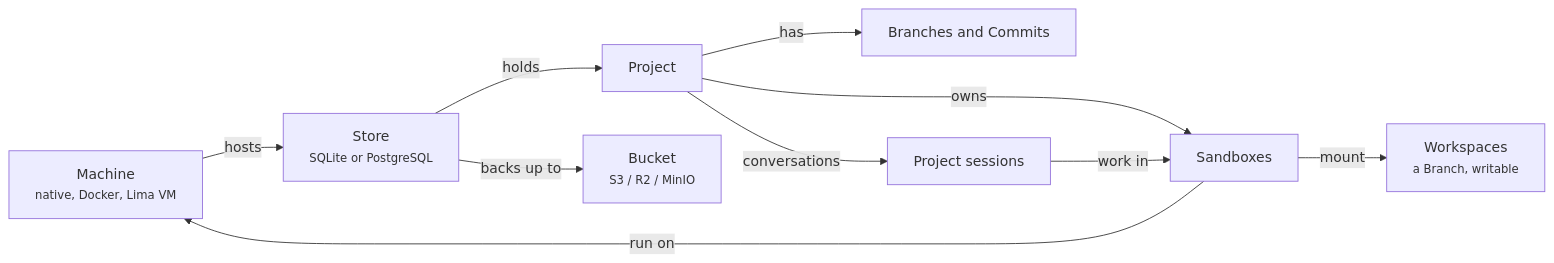
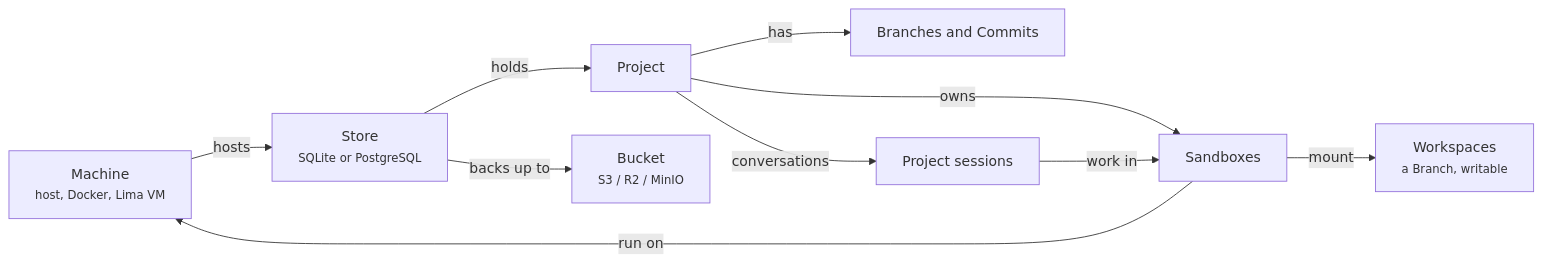
The first of 2 diagrams in docs/guide/README.md (Ephemeral-AI-Lab/dsh-layerfs), drawn with Mermaid before and after one commit. The commit also changed other lines of this file and 44 other files, not shown here.

First line of the commit message:
Docs: the host machine replaces native in guide, specs, skill and README

````diff
--- a/docs/guide/README.md
+++ b/docs/guide/README.md
@@ -49,12 +49,12 @@
 ```mermaid
 flowchart LR
-  M[Machine<br/><small>native, Docker, Lima VM</small>] -- hosts --> S[Store<br/><small>SQLite or PostgreSQL</small>]
+  M[Machine<br/><small>host, Docker, Lima VM</small>] -- hosts --> S[Store<br/><small>SQLite or PostgreSQL</small>]
   S -- holds --> P[Project]
   P -- has --> B[Branches and Commits]
   P -- owns --> X[Sandboxes]
   X -- run on --> M
   X -- mount --> W[Workspaces<br/><small>a Branch, writable</small>]
   P -- conversations --> C[Project sessions]
   C -- work in --> X
   S -- backs up to --> K[Bucket<br/><small>S3 / R2 / MinIO</small>]
 ```
````
